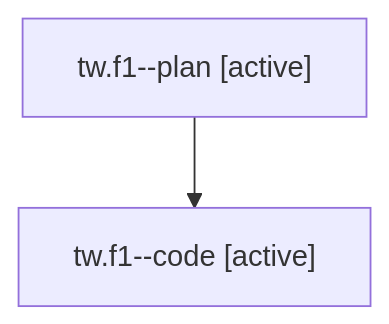
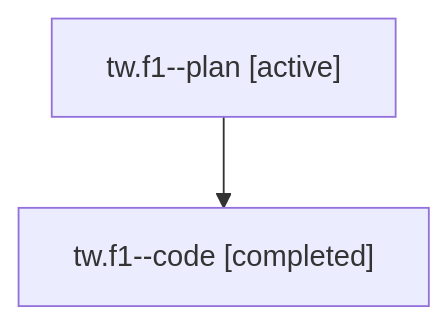
One commit to sase-org/sase--agents changed the diagram in families/bbugyi200.athena.tw.f1.md. Above: the diagram before and after it, drawn with Mermaid. The commit also changed other lines of this file and 4556 other files, not shown here.

````diff
--- a/families/bbugyi200.athena.tw.f1.md
+++ b/families/bbugyi200.athena.tw.f1.md
@@ -9,6 +9,6 @@
 ```mermaid
 flowchart TD
   n0["tw.f1--plan [active]"]
-  n1["tw.f1--code [active]"]
+  n1["tw.f1--code [completed]"]
   n0 --> n1
 ```
````
